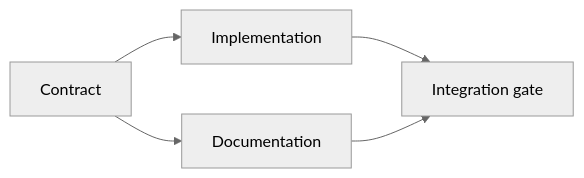
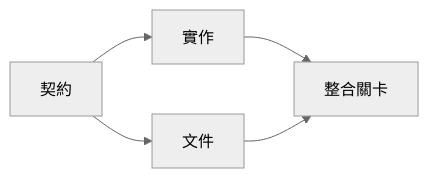
Before and after one commit to edward821220/ai-engineering-from-scratch: the diagram in i18n/zh-TW/phases/14-agent-engineering/44-plan-from-evidence/docs/zh-TW.md, drawn with Mermaid (neutral theme). The commit also changed other lines of this file and 43 other files, not shown here.

````diff
--- a/i18n/zh-TW/phases/14-agent-engineering/44-plan-from-evidence/docs/zh-TW.md
+++ b/i18n/zh-TW/phases/14-agent-engineering/44-plan-from-evidence/docs/zh-TW.md
@@ -41,7 +41,7 @@
 ```mermaid
 flowchart LR
-  C[Contract] --> I[Implementation]
-  C --> D[Documentation]
-  I --> G[Integration gate]
+  C[契約] --> I[實作]
+  C --> D[文件]
+  I --> G[整合關卡]
   D --> G
 ```
````
